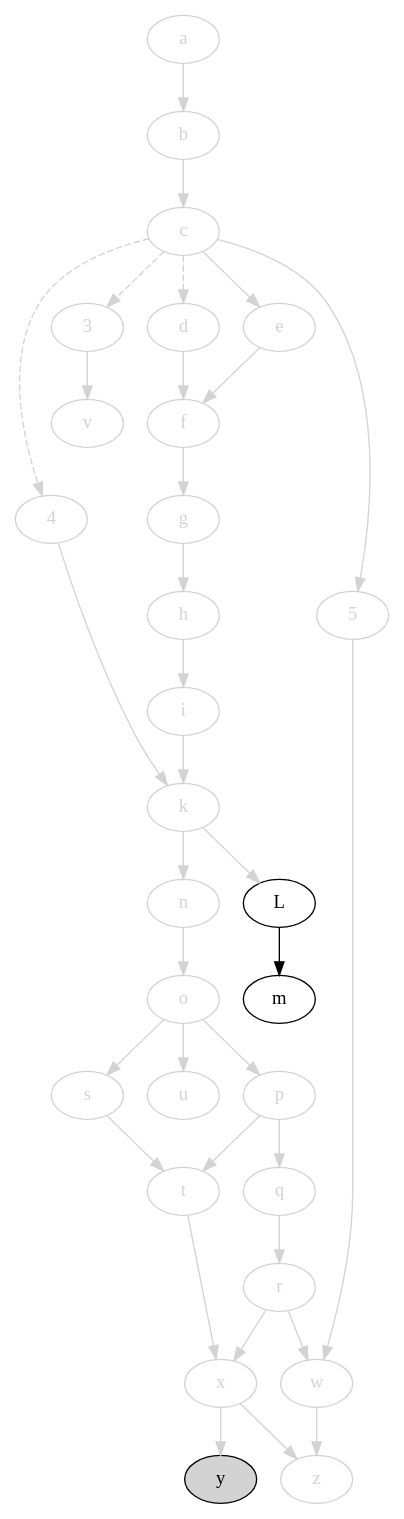
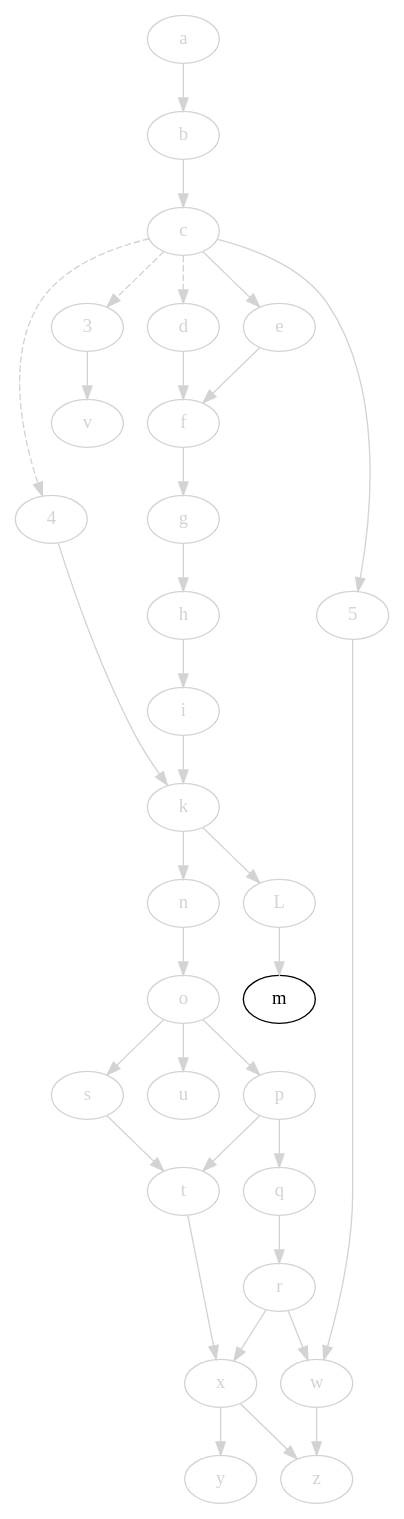
The diagram in svm-startup-deps.dot (jdmpapin/svm-startup-deps), drawn with Graphviz before and after one commit. The commit also changed 1 other file, not shown here.

```diff
--- a/svm-startup-deps.dot
+++ b/svm-startup-deps.dot
@@ -1,67 +1,67 @@
 digraph {
     // open: [style=filled,fillcolor=lightgrey]
     // closed: [color=lightgrey,fontcolor=lightgrey]
 
     4 [color=lightgrey,fontcolor=lightgrey];
     3 [color=lightgrey,fontcolor=lightgrey];
     a [color=lightgrey,fontcolor=lightgrey];
     b [color=lightgrey,fontcolor=lightgrey];
     c [color=lightgrey,fontcolor=lightgrey];
     d [color=lightgrey,fontcolor=lightgrey];
     e [color=lightgrey,fontcolor=lightgrey];
     f [color=lightgrey,fontcolor=lightgrey];
     g [color=lightgrey,fontcolor=lightgrey];
     h [color=lightgrey,fontcolor=lightgrey];
     i [color=lightgrey,fontcolor=lightgrey];
     k [color=lightgrey,fontcolor=lightgrey];
-    L;
+    L [color=lightgrey,fontcolor=lightgrey];
     m;
     5 [color=lightgrey,fontcolor=lightgrey];
     n [color=lightgrey,fontcolor=lightgrey];
     o [color=lightgrey,fontcolor=lightgrey];
     p [color=lightgrey,fontcolor=lightgrey];
     q [color=lightgrey,fontcolor=lightgrey];
     r [color=lightgrey,fontcolor=lightgrey];
     s [color=lightgrey,fontcolor=lightgrey];
     t [color=lightgrey,fontcolor=lightgrey];
     u [color=lightgrey,fontcolor=lightgrey];
     v [color=lightgrey,fontcolor=lightgrey];
     w [color=lightgrey,fontcolor=lightgrey];
     x [color=lightgrey,fontcolor=lightgrey];
-    y [style=filled,fillcolor=lightgrey];
+    y [color=lightgrey,fontcolor=lightgrey];
     z [color=lightgrey,fontcolor=lightgrey];
 
     4 -> k [color=lightgrey];
     c -> 4 [style=dashed,color=lightgrey];
     c -> 3 [style=dashed,color=lightgrey];
     c -> d [style=dashed,color=lightgrey];
     3 -> v [color=lightgrey];
     a -> b [color=lightgrey];
     b -> c [color=lightgrey];
     c -> e [color=lightgrey];
     c -> 5 [color=lightgrey];
     d -> f [color=lightgrey];
     e -> f [color=lightgrey];
     f -> g [color=lightgrey];
     g -> h [color=lightgrey];
     h -> i [color=lightgrey];
     i -> k [color=lightgrey];
     k -> L [color=lightgrey];
-    L -> m;
+    L -> m [color=lightgrey];
     k -> n [color=lightgrey];
     n -> o [color=lightgrey];
     o -> p [color=lightgrey];
     p -> q [color=lightgrey];
     q -> r [color=lightgrey];
     o -> s [color=lightgrey];
     s -> t [color=lightgrey];
     p -> t [color=lightgrey];
     o -> u [color=lightgrey];
     5 -> w [color=lightgrey];
     r -> w [color=lightgrey];
     t -> x [color=lightgrey];
     r -> x [color=lightgrey];
     x -> y [color=lightgrey];
     x -> z [color=lightgrey];
     w -> z [color=lightgrey];
 }
```
